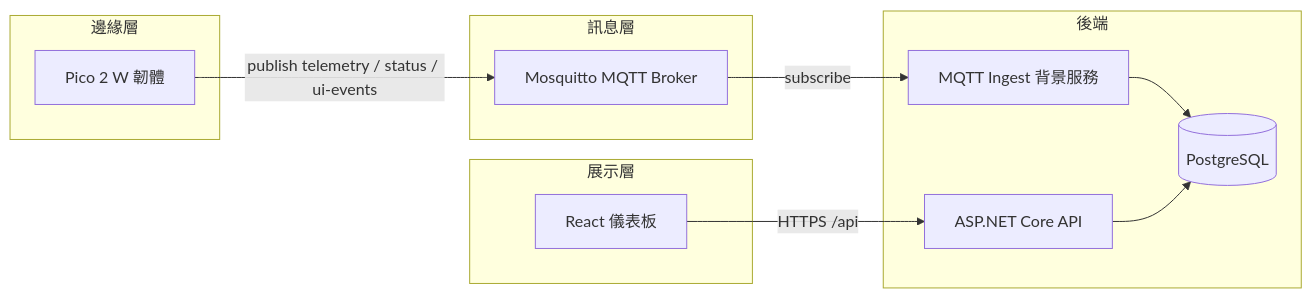
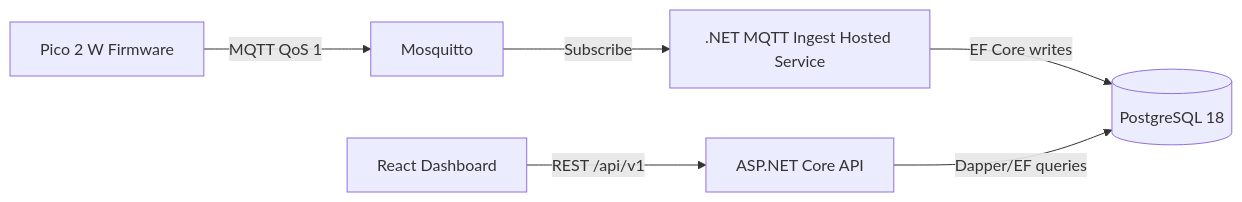
One commit to hoshisakan/iot-monitoring-system-dotnet changed the diagram in README.md. Above: the diagram before and after it, drawn with Mermaid. The commit also changed other lines of this file and 3 other files, not shown here.

First line of the commit message:
feat(docs,sql): 強化 README 為作品級技術說明並新增 PostgreSQL 效能測試腳本

````diff
--- a/README.md
+++ b/README.md
@@ -73,22 +52,8 @@
 ```mermaid
 flowchart LR
-  subgraph edge [邊緣層]
-    Pico[Pico 2 W 韌體]
-  end
-  subgraph broker [訊息層]
-    MQTT[Mosquitto MQTT Broker]
-  end
-  subgraph server [後端]
-    API[ASP.NET Core API]
-    Ingest[MQTT Ingest 背景服務]
-    DB[(PostgreSQL)]
-  end
-  subgraph ui [展示層]
-    Web[React 儀表板]
-  end
-  Pico -->|publish telemetry / status / ui-events| MQTT
-  MQTT -->|subscribe| Ingest
-  Ingest --> DB
-  API --> DB
-  Web -->|HTTPS /api| API
+  Edge[Pico 2 W Firmware] -->|MQTT QoS 1| Broker[Mosquitto]
+  Broker -->|Subscribe| Ingest[.NET MQTT Ingest Hosted Service]
+  Ingest -->|EF Core writes| DB[(PostgreSQL 18)]
+  API[ASP.NET Core API] -->|Dapper/EF queries| DB
+  FE[React Dashboard] -->|REST /api/v1| API
 ```
````
